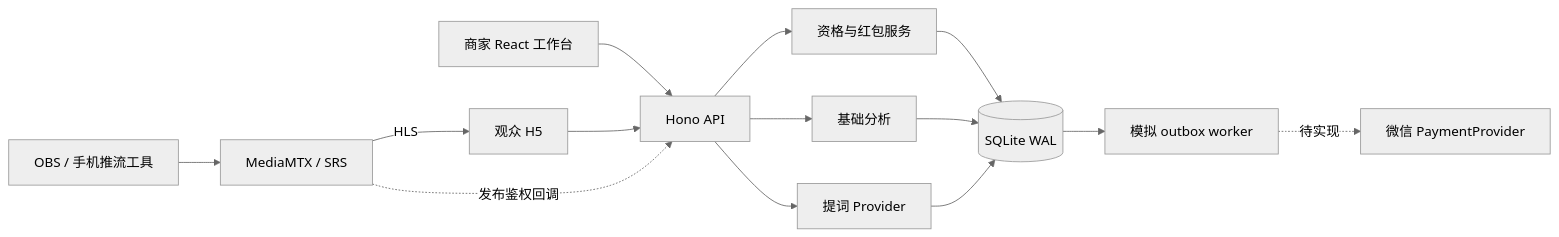
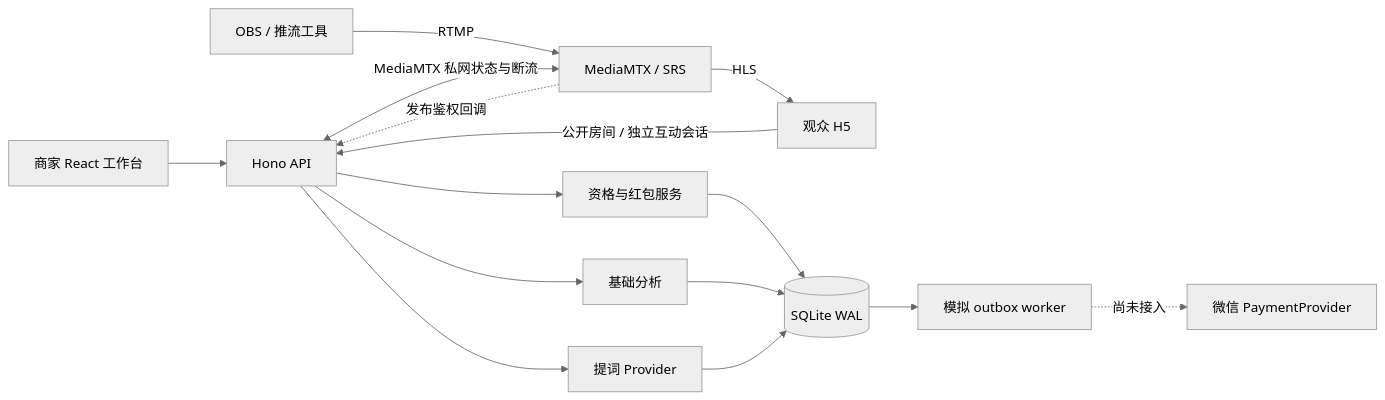
Before and after one commit to NSIETeam/merchant-live-studio: the diagram in docs/architecture.md, drawn with Mermaid (neutral theme). The commit also changed other lines of this file and 29 other files, not shown here.

````diff
--- a/docs/architecture.md
+++ b/docs/architecture.md
@@ -5,16 +7,17 @@
 ```mermaid
 flowchart LR
   M[商家 React 工作台] --> A[Hono API]
-  V[观众 H5] --> A
-  O[OBS / 手机推流工具] --> S[MediaMTX / SRS]
+  V[观众 H5] -->|公开房间 / 独立互动会话| A
+  O[OBS / 推流工具] -->|RTMP| S[MediaMTX / SRS]
   S -->|HLS| V
   S -.发布鉴权回调.-> A
+  A <-->|MediaMTX 私网状态与断流| S
   A --> R[资格与红包服务]
   A --> C[提词 Provider]
   A --> N[基础分析]
   R --> D[(SQLite WAL)]
   N --> D
   C --> D
   D --> W[模拟 outbox worker]
-  W -.待实现.-> P[微信 PaymentProvider]
+  W -.尚未接入.-> P[微信 PaymentProvider]
 ```
````
